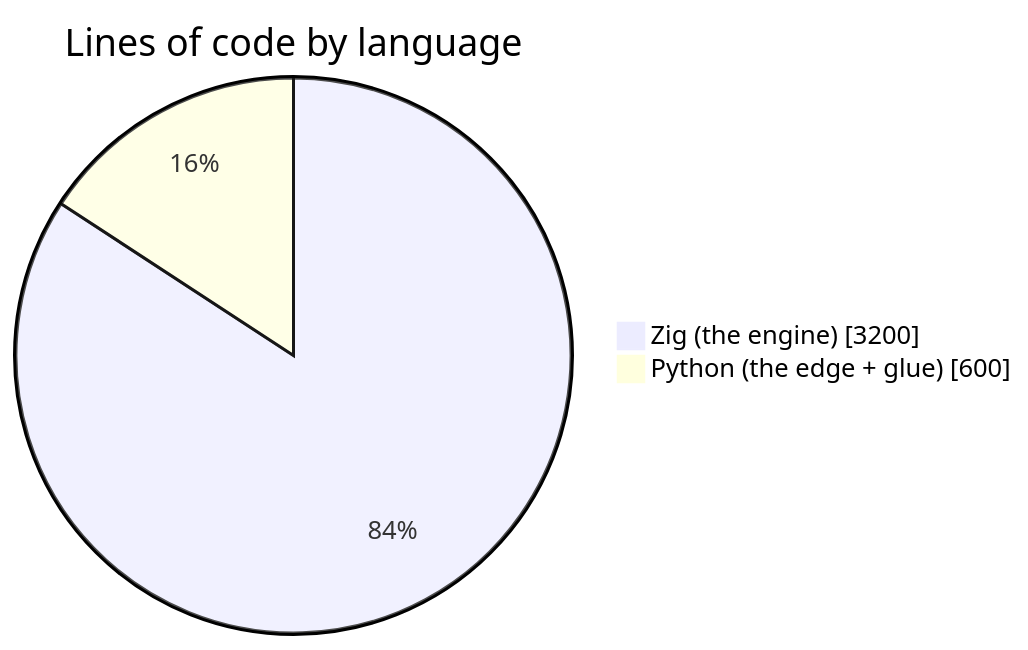
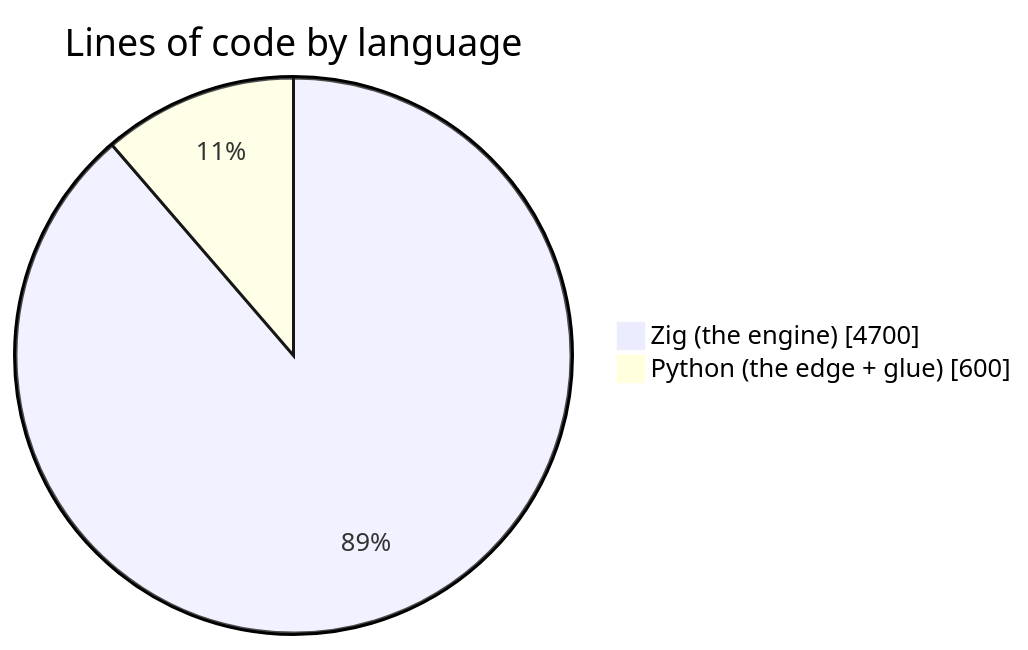
The second of 2 diagrams in docs/architecture/reuse.md (Kludex/zloop), drawn with Mermaid before and after one commit. The commit also changed other lines of this file and 5 other files, not shown here.

First line of the commit message:
Document the io_uring completion backend in the architecture docs (#27)

````diff
--- a/docs/architecture/reuse.md
+++ b/docs/architecture/reuse.md
@@ -81,6 +83,6 @@
 ```mermaid
 pie showData
     title Lines of code by language
-    "Zig (the engine)" : 3200
+    "Zig (the engine)" : 4700
     "Python (the edge + glue)" : 600
 ```
````
